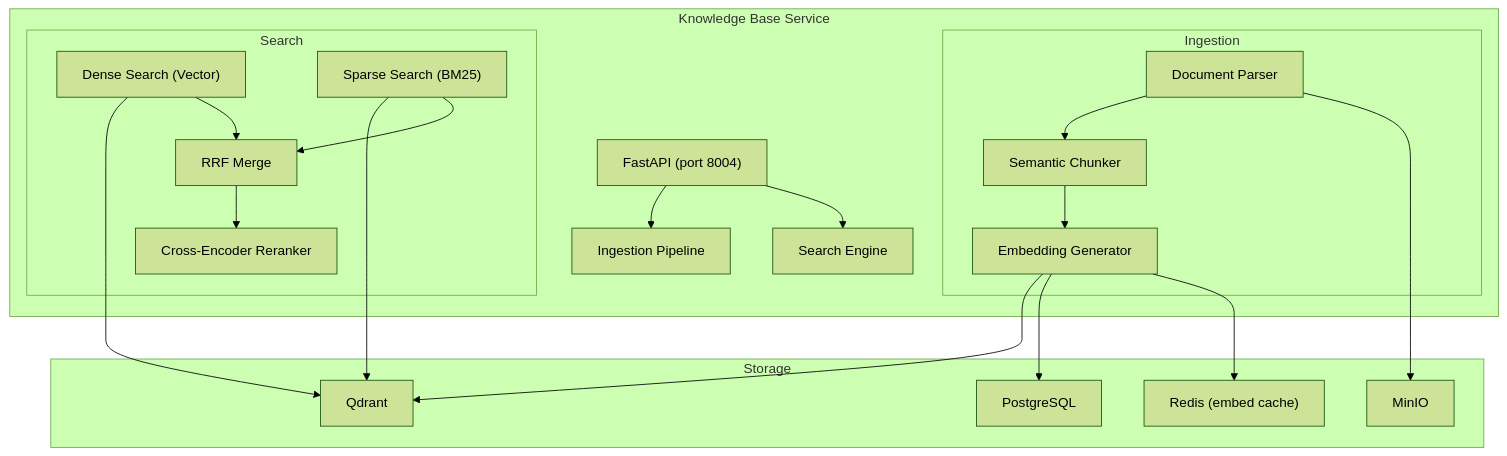
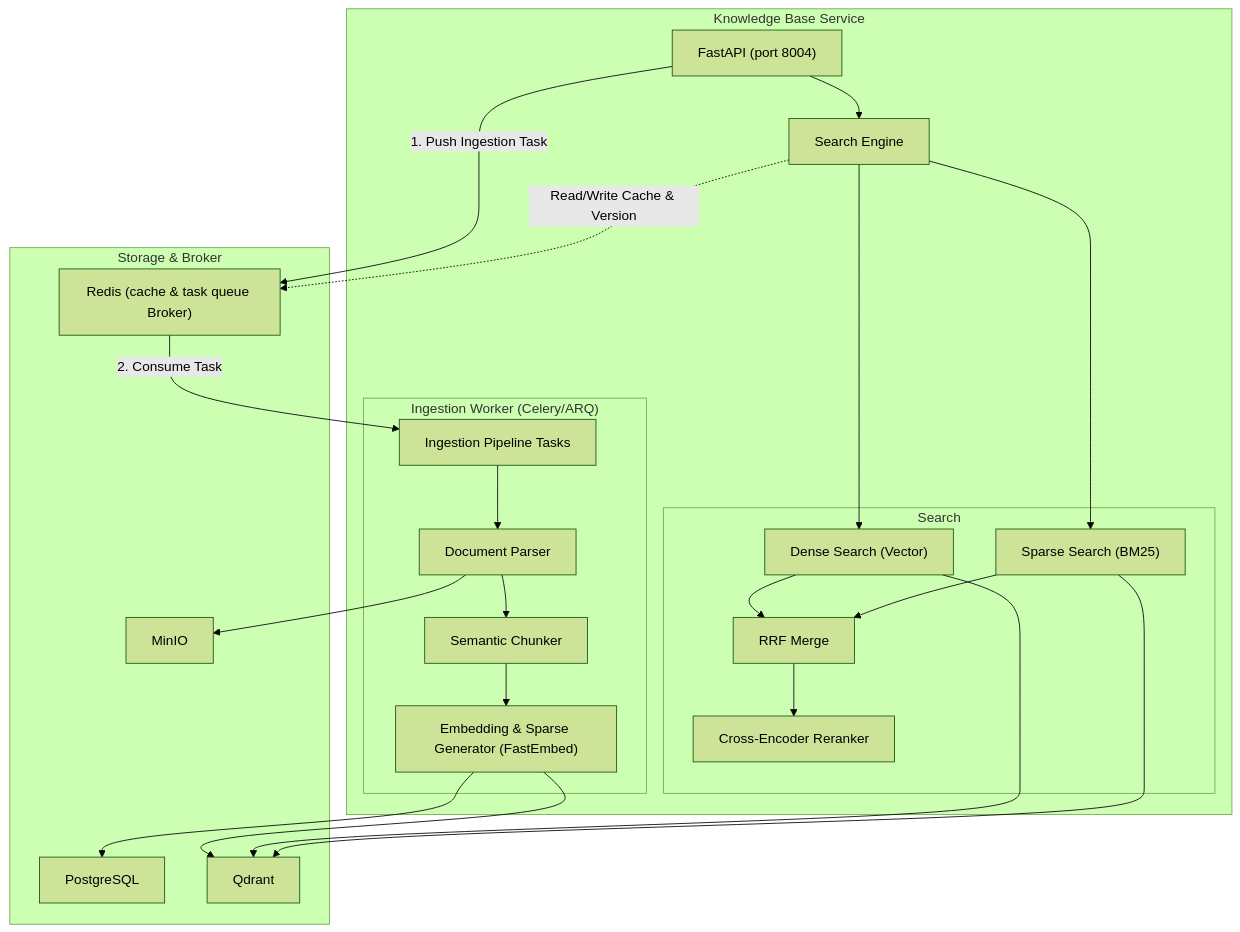
Before and after one commit to hugg4u/solavie-platform: the diagram in specs/services/knowledge-base/design.md, drawn with Mermaid (forest theme). The commit also changed other lines of this file and 10 other files, not shown here.

````diff
--- a/specs/services/knowledge-base/design.md
+++ b/specs/services/knowledge-base/design.md
@@ -26,38 +28,41 @@
 ```mermaid
 graph TB
     subgraph "Knowledge Base Service"
         API["FastAPI (port 8004)"]
-        INGEST["Ingestion Pipeline"]
         SEARCH["Search Engine"]
         
-        subgraph "Ingestion"
+        subgraph "Ingestion Worker (Celery/ARQ)"
+            INGEST["Ingestion Pipeline Tasks"]
             PARSE["Document Parser"]
             CHUNK["Semantic Chunker"]
-            EMBED["Embedding Generator"]
+            EMBED["Embedding & Sparse Generator (FastEmbed)"]
         end
         
         subgraph "Search"
             DENSE["Dense Search (Vector)"]
             SPARSE["Sparse Search (BM25)"]
             MERGE["RRF Merge"]
             RERANK["Cross-Encoder Reranker"]
         end
     end
 
-    subgraph "Storage"
+    subgraph "Storage & Broker"
         PG["PostgreSQL"]
         QD["Qdrant"]
         MINIO["MinIO"]
-        REDIS["Redis (embed cache)"]
+        REDIS["Redis (cache & task queue Broker)"]
     end
 
-    API --> INGEST & SEARCH
-    PARSE --> CHUNK --> EMBED
+    API -->|1. Push Ingestion Task| REDIS
+    REDIS -->|2. Consume Task| INGEST
+    INGEST --> PARSE --> CHUNK --> EMBED
     EMBED --> QD & PG
     PARSE --> MINIO
     
+    API --> SEARCH
+    SEARCH --> DENSE & SPARSE
     DENSE --> QD
     SPARSE --> QD
     DENSE & SPARSE --> MERGE --> RERANK
-    EMBED --> REDIS
+    SEARCH -.->|Read/Write Cache & Version| REDIS
 ```
````
